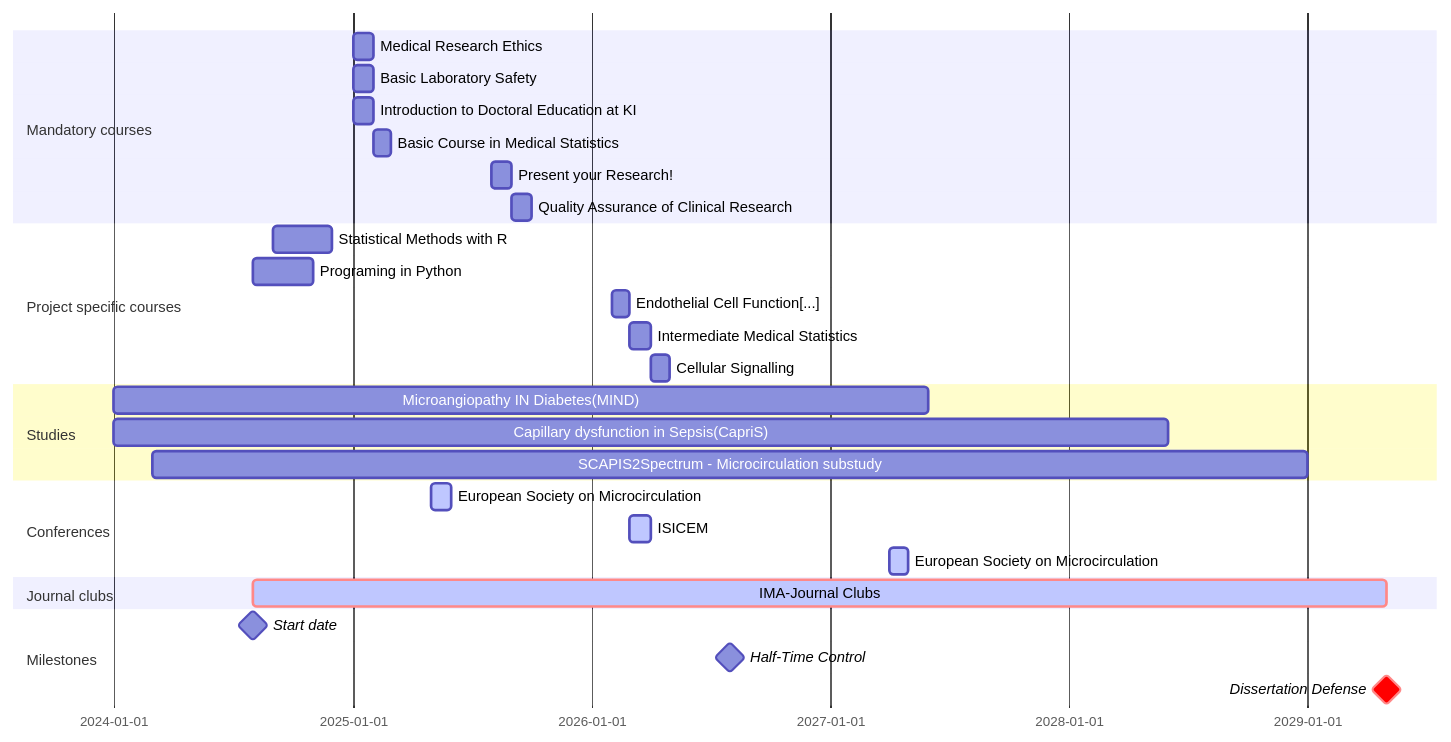
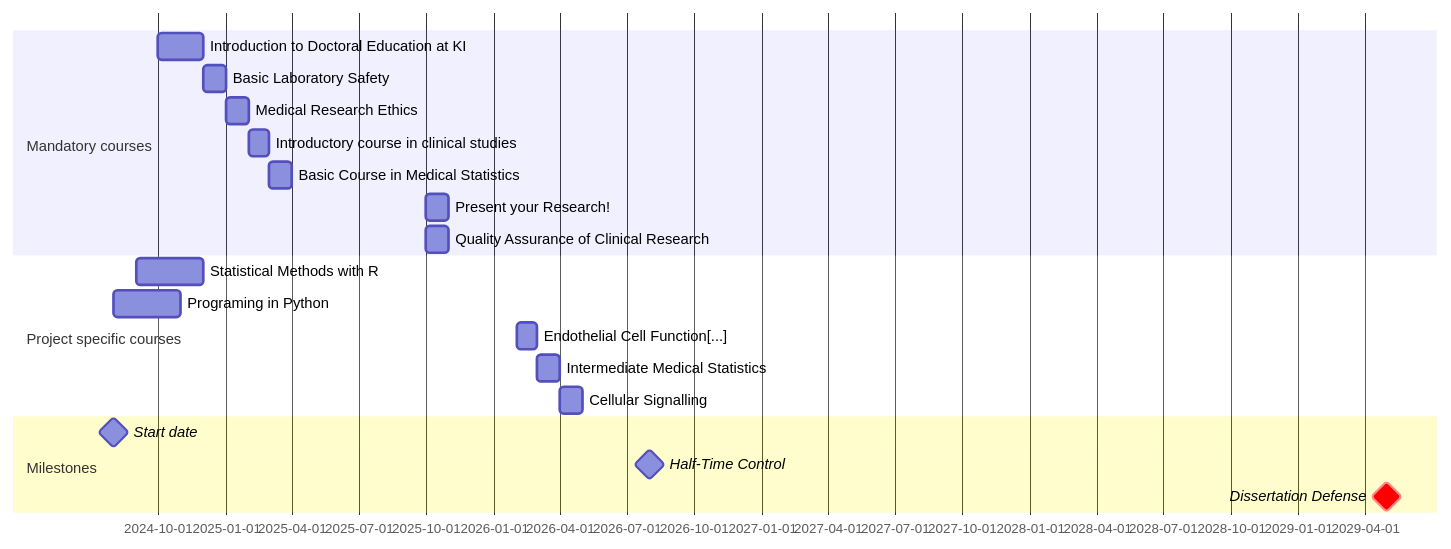
One commit to Widaeus/presentation changed the second of 2 diagrams in index.qmd. Above: the diagram before and after it, drawn with Mermaid. The commit also changed other lines of this file and 2 other files, not shown here.

````diff
--- a/index.qmd
+++ b/index.qmd
@@ -132,31 +159,22 @@
 ```{mermaid}
 gantt
     dateFormat YYYY-MM
     section Mandatory courses
-        Medical Research Ethics                     :active               2025-01, 2025-02
-        Basic Laboratory Safety                     :active               2025-01, 2025-02
-        Introduction to Doctoral Education at KI    :active               2025-01, 2025-02
-        Basic Course in Medical Statistics          :active               2025-02, 2025-03
-        Present your Research!                      :active               2025-08, 2025-09
-        Quality Assurance of Clinical Research      :active               2025-09, 2025-10
+        Introduction to Doctoral Education at KI    :             2024-10, 2024-12
+        Basic Laboratory Safety                     :             2024-12, 2025-01
+        Medical Research Ethics                     :             2025-01, 2025-02
+        Introductory course in clinical studies     :             2025-02, 2025-03
+        Basic Course in Medical Statistics          :             2025-03, 2025-04
+        Present your Research!                      :             2025-10, 2025-11
+        Quality Assurance of Clinical Research      :             2025-10, 2025-11
     section Project specific courses
-        Statistical Methods with R                  :active               2024-09, 2024-12
-        Programing in Python                        :active               2024-08, 2024-11
-        Endothelial Cell Function[...]              :active               2026-02, 2026-03
-        Intermediate Medical Statistics             :active               2026-03, 2026-04
-        Cellular Signalling                         :active               2026-04, 2026-05
-    section Studies
-        Microangiopathy IN Diabetes(MIND)           :active               2024-01, 2027-06
-        Capillary dysfunction in Sepsis(CapriS)     :active               2024-01, 2028-06
-        SCAPIS2Spectrum - Microcirculation substudy :active               2024-03, 2029-01
-    section Conferences
-        European Society on Microcirculation        :active, milestone    2025-05, 2025-06
-        ISICEM                                      :active, milestone    2026-03, 2026-04
-        European Society on Microcirculation        :active, milestone    2027-04, 2027-05
-    section Journal clubs
-        IMA-Journal Clubs                           :active, crit,        2024-08, 2029-05
+        Statistical Methods with R                  :             2024-09, 2024-12
+        Programing in Python                        :             2024-08, 2024-11
+        Endothelial Cell Function[...]              :             2026-02, 2026-03
+        Intermediate Medical Statistics             :             2026-03, 2026-04
+        Cellular Signalling                         :             2026-04, 2026-05
     section Milestones
         Start date                                  :milestone,           2024-08, 2024-08
         Half-Time Control                           :milestone,           2026-08, 2026-08
         Dissertation Defense                        :milestone, crit,     2029-05, 2029-05
 ```
````
